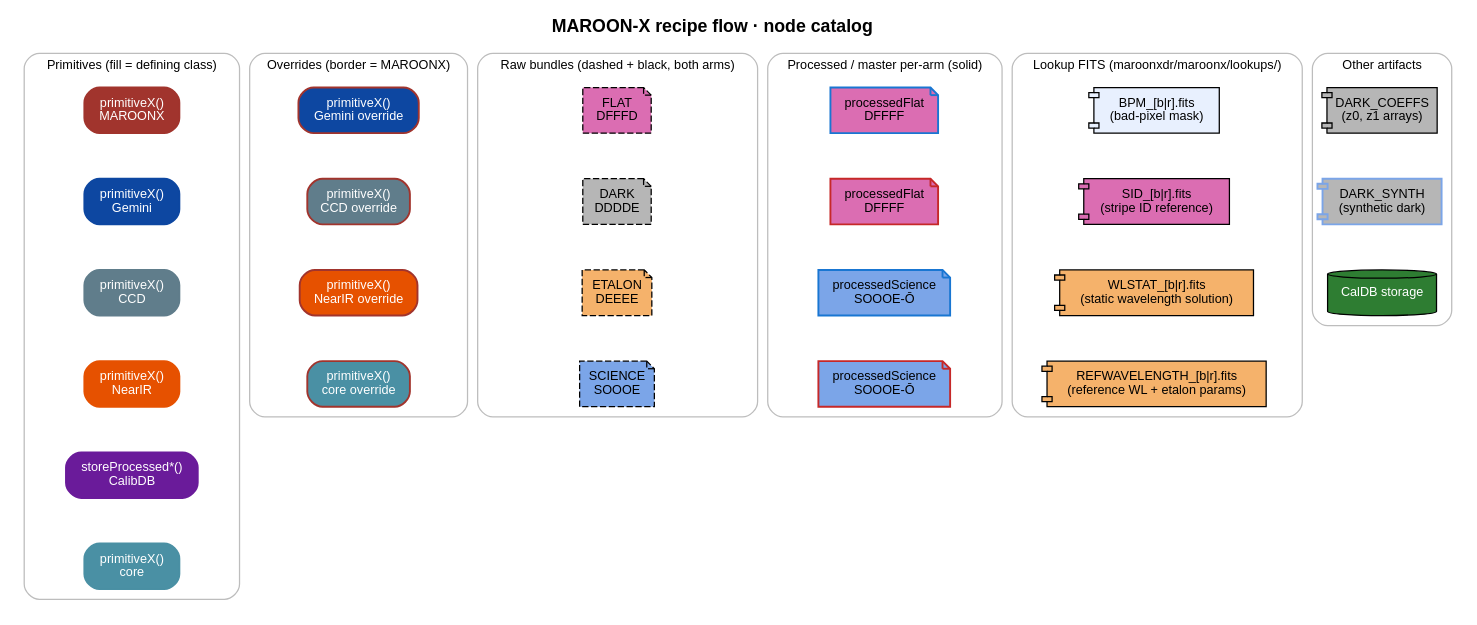
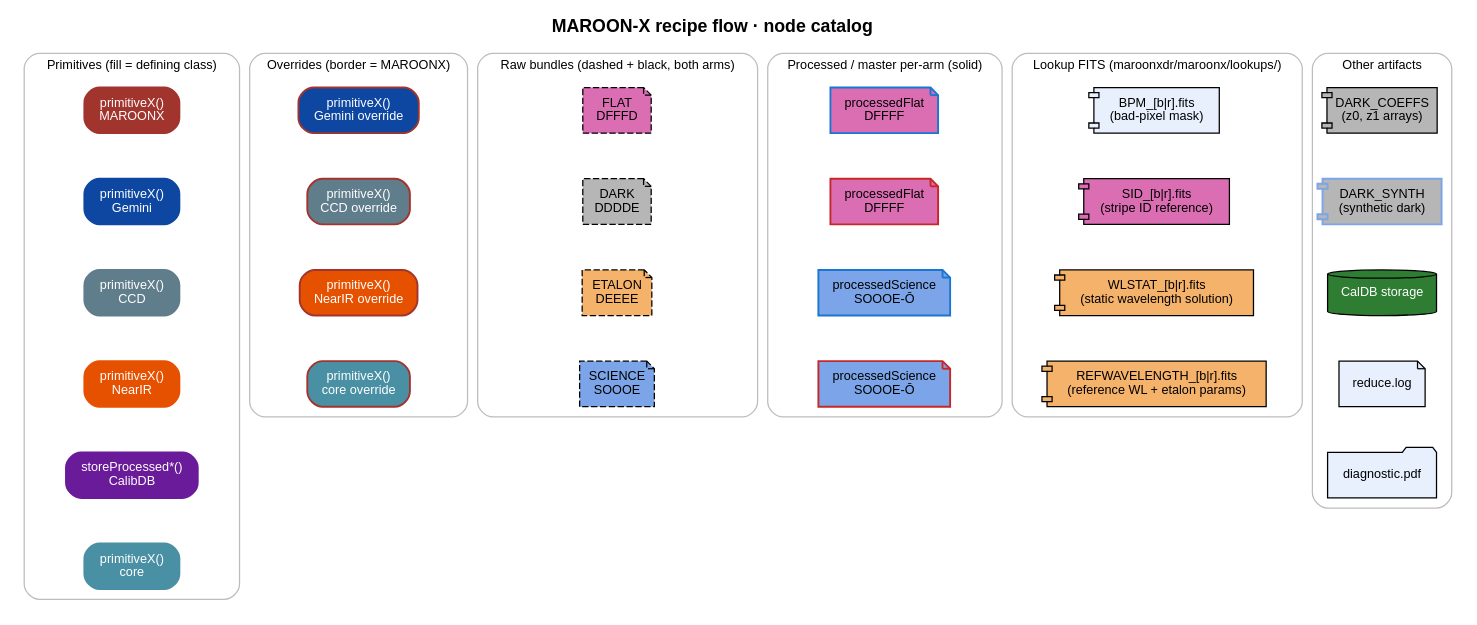
The diagram in doc/progmanuals/MAROONXDR_ProgManual/flows/nodes.dot (GeminiDRSoftware/MAROONXDR), drawn with Graphviz before and after one commit. The commit also changed 8 other files, not shown here.

Commit message:
added a couple more flow diagrams to to programmer manual

```diff
--- a/doc/progmanuals/MAROONXDR_ProgManual/flows/nodes.dot
+++ b/doc/progmanuals/MAROONXDR_ProgManual/flows/nodes.dot
@@ -185,6 +185,16 @@
                  shape=cylinder, style=filled,
                  fillcolor="#2E7D32", fontcolor=white,
                  color=black, penwidth=1];
+
+        a_log [label="reduce.log",
+               shape=note, style=filled,
+               fillcolor="#e8f0fe", fontcolor=black,
+               color=black, penwidth=1];
+
+        a_pdf [label="diagnostic.pdf",
+               shape=folder, style=filled,
+               fillcolor="#e8f0fe", fontcolor=black,
+               color=black, penwidth=1];
     }
 
     // ---- Invisible edges lock each cluster's nodes into one row ---------
@@ -193,5 +203,5 @@
     f_flat_bundle -> f_dark_bundle -> f_etalon_bundle -> f_science_bundle;
     f_flat_pb     -> f_flat_pr     -> f_science_pb    -> f_science_pr;
     l_bpm     -> l_sid    -> l_wlstat -> l_refwl;
-    a_darkcoeffs -> a_darksynth -> a_caldb;
+    a_darkcoeffs -> a_darksynth -> a_caldb -> a_log -> a_pdf;
 }
```
